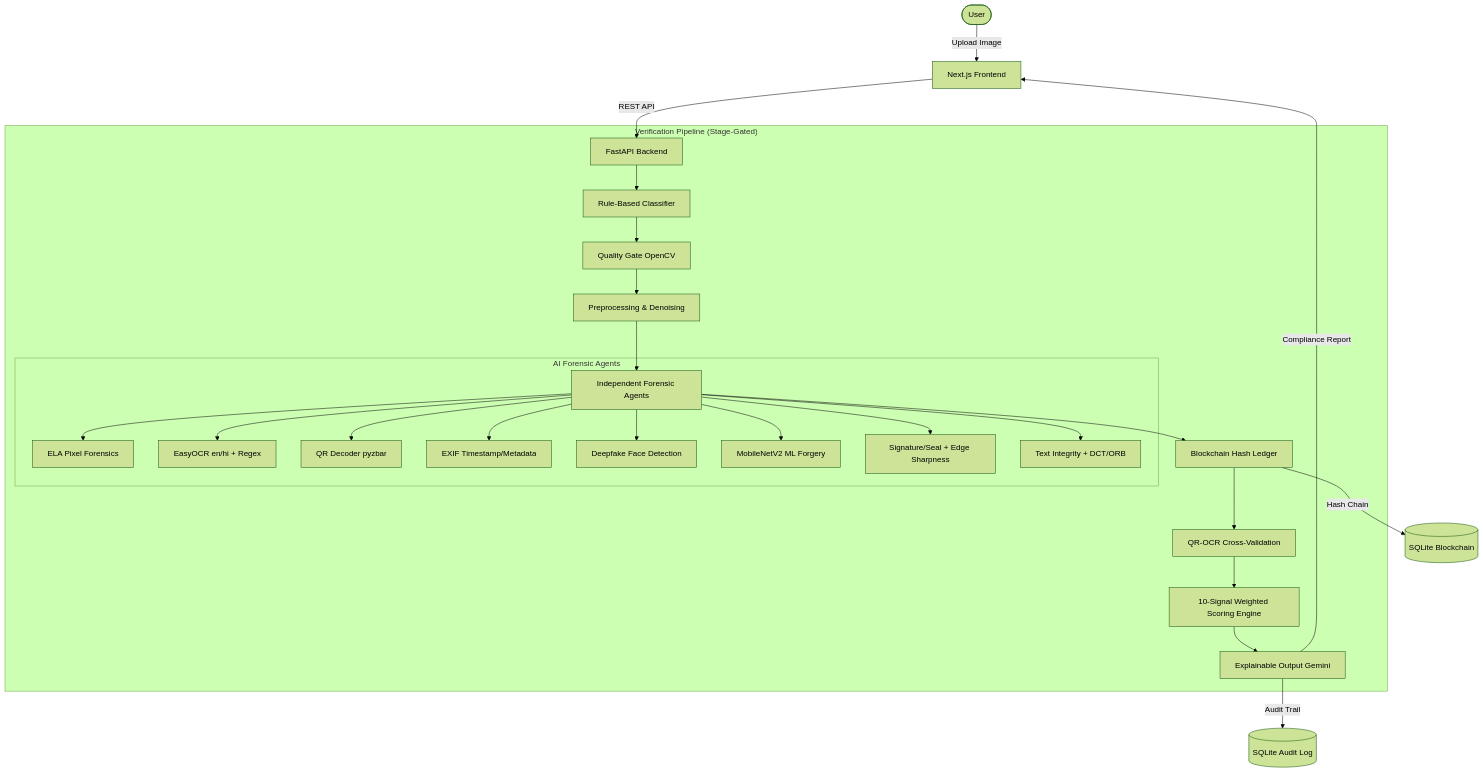
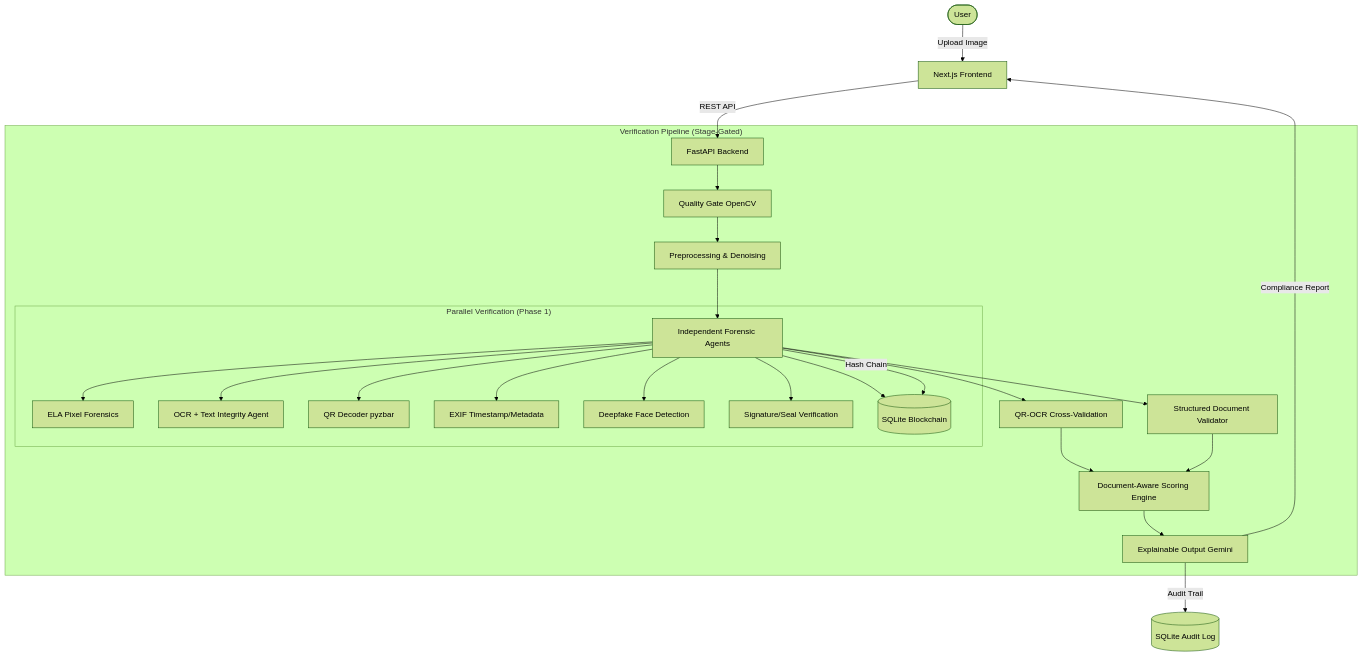
Before and after one commit to ZeroTrace7/SecureAI-KYC: the diagram in README.md, drawn with Mermaid (forest theme). The commit also changed other lines of this file and 31 other files, not shown here.

Commit message:
Final submission: Complete SecureAI-KYC system with all agents, frontend, and backend components

````diff
--- a/README.md
+++ b/README.md
@@ -40,32 +32,31 @@
 ```mermaid
 graph TD
     User([User]) -->|Upload Image| Frontend[Next.js Frontend]
     Frontend -->|REST API| Backend[FastAPI Backend]
     
     subgraph "Verification Pipeline (Stage-Gated)"
-        Backend --> Stage0[Rule-Based Classifier]
-        Stage0 --> Stage1[Quality Gate OpenCV]
+        Backend --> Stage1[Quality Gate OpenCV]
         Stage1 --> Stage2[Preprocessing & Denoising]
         Stage2 --> Stage3[Independent Forensic Agents]
         
-        subgraph "AI Forensic Agents"
+        subgraph "Parallel Verification (Phase 1)"
             Stage3 --> ELA[ELA Pixel Forensics]
-            Stage3 --> OCR[EasyOCR en/hi + Regex]
+            Stage3 --> OCR_TI[OCR + Text Integrity Agent]
             Stage3 --> QR[QR Decoder pyzbar]
             Stage3 --> EXIF[EXIF Timestamp/Metadata]
             Stage3 --> DF[Deepfake Face Detection]
-            Stage3 --> MLF[MobileNetV2 ML Forgery]
-            Stage3 --> SS[Signature/Seal + Edge Sharpness]
-            Stage3 --> TI[Text Integrity + DCT/ORB]
+            Stage3 --> SS[Signature/Seal Verification]
+            Stage3 --> BC[Blockchain Hash Ledger]
         end
         
-        Stage3 --> Stage35[Blockchain Hash Ledger]
-        Stage35 --> Stage4[QR-OCR Cross-Validation]
-        Stage4 --> Stage5[10-Signal Weighted Scoring Engine]
+        Stage3 --> Stage4[QR-OCR Cross-Validation]
+        Stage3 --> Stage4b[Structured Document Validator]
+        Stage4 --> Stage5[Document-Aware Scoring Engine]
+        Stage4b --> Stage5
         Stage5 --> Stage7[Explainable Output Gemini]
     end
     
     Stage7 -->|Compliance Report| Frontend
     Stage7 -->|Audit Trail| DB[(SQLite Audit Log)]
-    Stage35 -->|Hash Chain| BC[(SQLite Blockchain)]
+    Stage3 -->|Hash Chain| BC[(SQLite Blockchain)]
 ```
````
